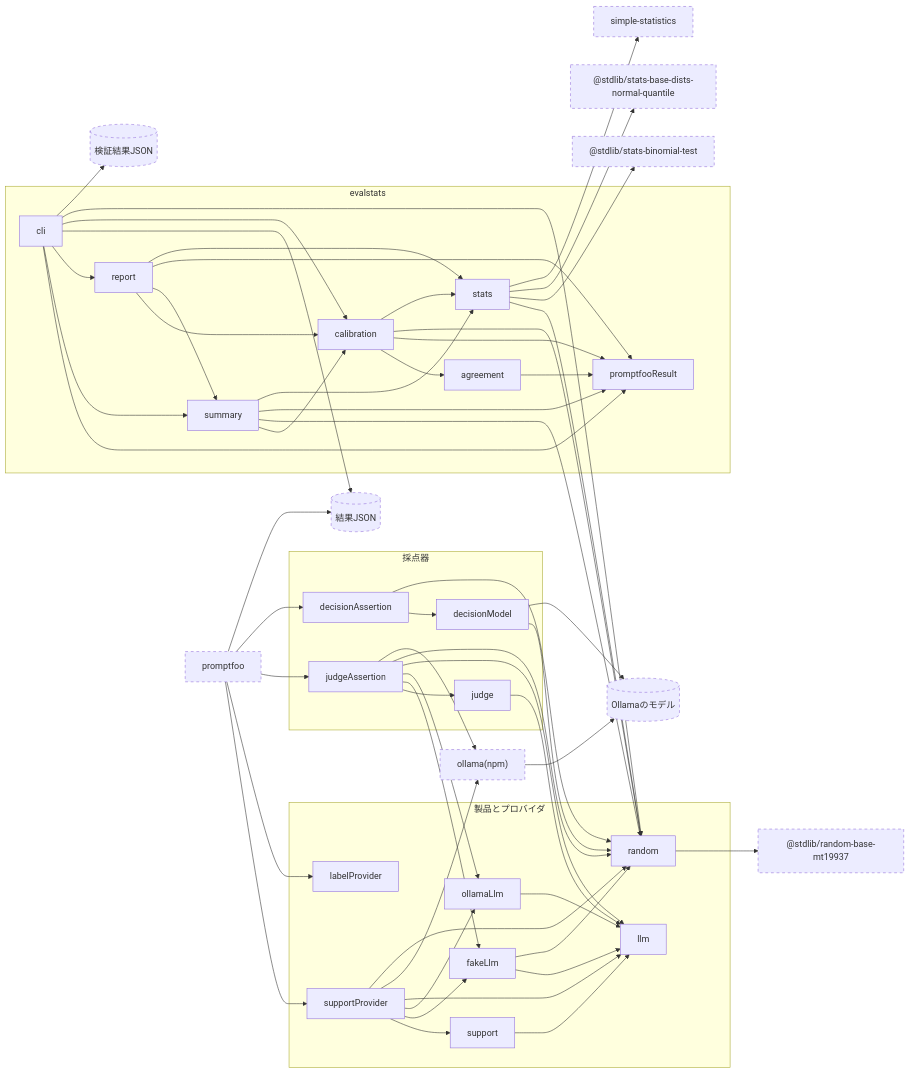
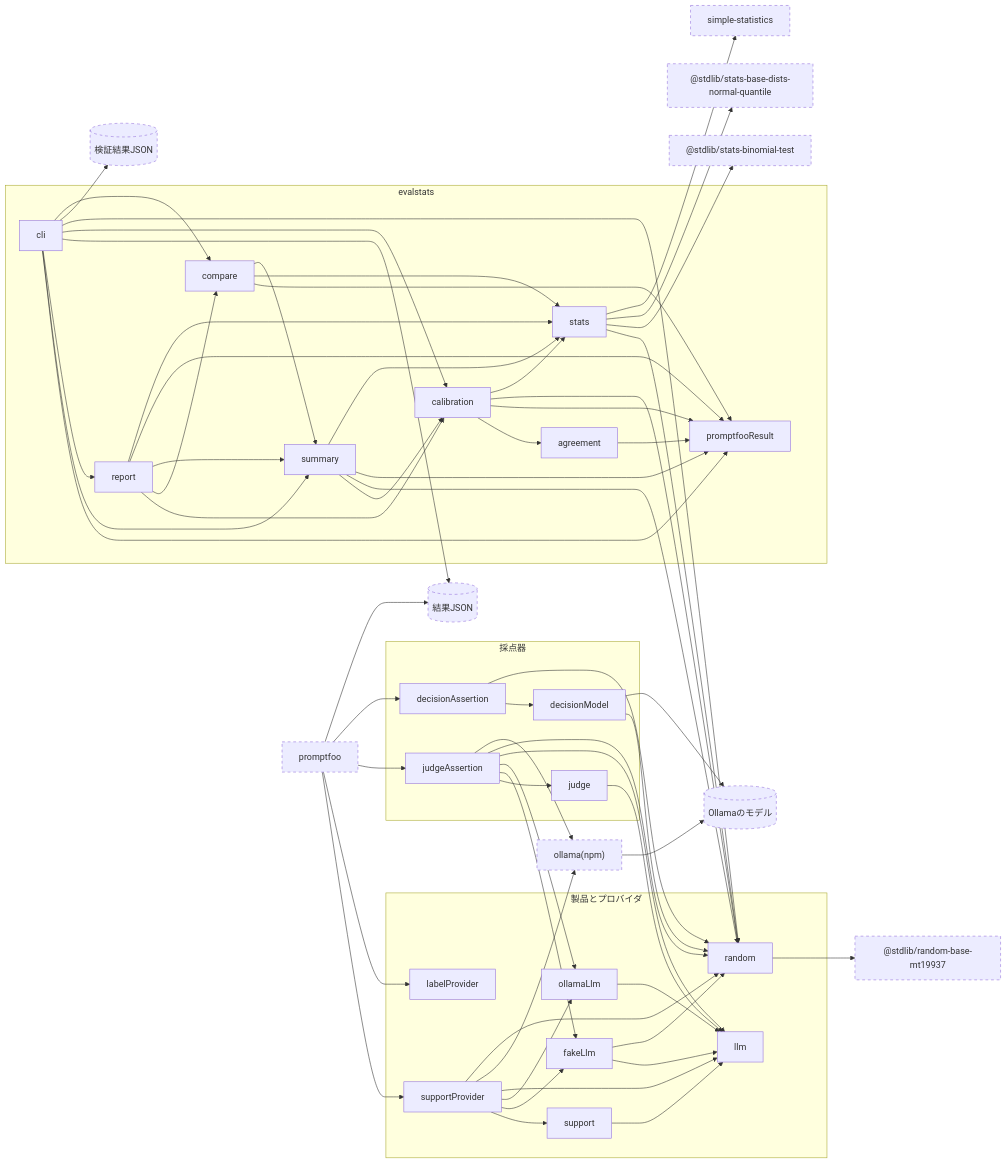
One commit to enunun/llm-evaluation-handson changed the diagram in iterations/iteration-5/solution/design/modules.md. Above: the diagram before and after it, drawn with Mermaid. The commit also changed other lines of this file and 17 other files, not shown here.

```diff
--- a/iterations/iteration-5/solution/design/modules.md
+++ b/iterations/iteration-5/solution/design/modules.md
@@ -40,6 +40,7 @@
     report
     agreement
     calibration
+    compare
   end
 
   promptfoo --> supportProvider
@@ -86,6 +87,11 @@
   summary --> random
   report --> calibration
   stats --> random
+  cli --> compare
+  compare --> promptfooResult
+  compare --> stats
+  compare --> summary
+  report --> compare
   summary --> promptfooResult
   summary --> stats
   report --> summary
```
